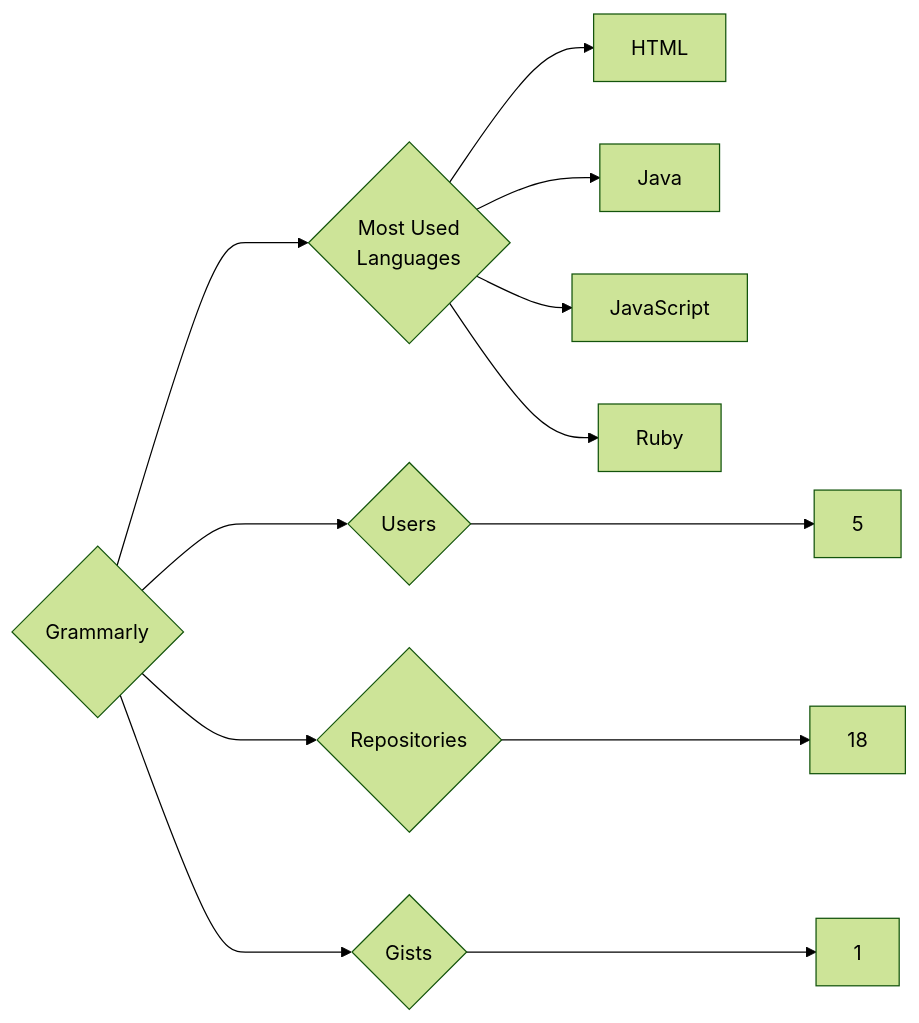
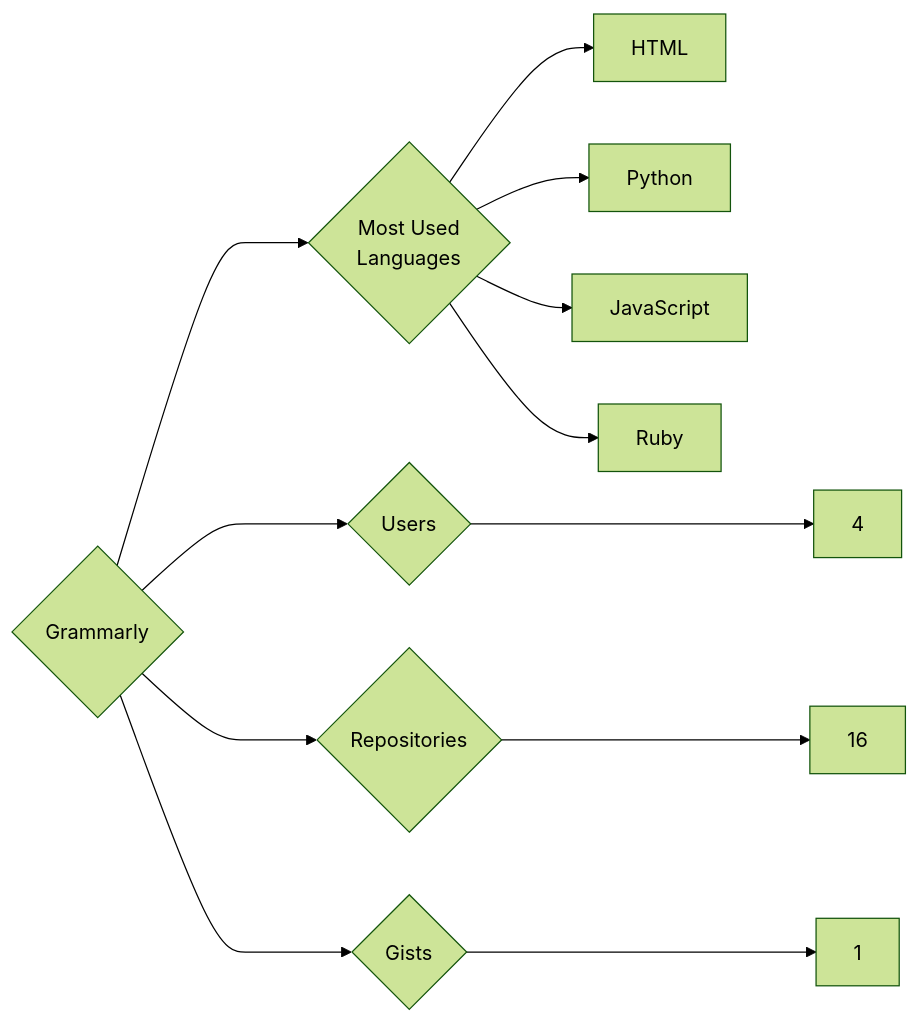
One commit to trickest/insiders changed the diagram in targets/Grammarly/README.md. Above: the diagram before and after it, drawn with Mermaid (forest theme). The commit also changed 859 other files, not shown here.

````diff
--- a/targets/Grammarly/README.md
+++ b/targets/Grammarly/README.md
@@ -3,12 +3,12 @@
 ```mermaid
 graph LR
 COMPANY_NAME{Grammarly}
-COMPANY_NAME ---> U{Users} ---> UN[5]
-COMPANY_NAME ---> R{Repositories} ---> RN[18]
+COMPANY_NAME ---> U{Users} ---> UN[4]
+COMPANY_NAME ---> R{Repositories} ---> RN[16]
 COMPANY_NAME ---> G{Gists} ---> GN[1]
 COMPANY_NAME ---> ML{Most Used<br>Languages}
 ML --> HTML[HTML]
-ML --> Java[Java]
+ML --> Python[Python]
 ML --> JavaScript[JavaScript]
 ML --> Ruby[Ruby]
 ```
````
